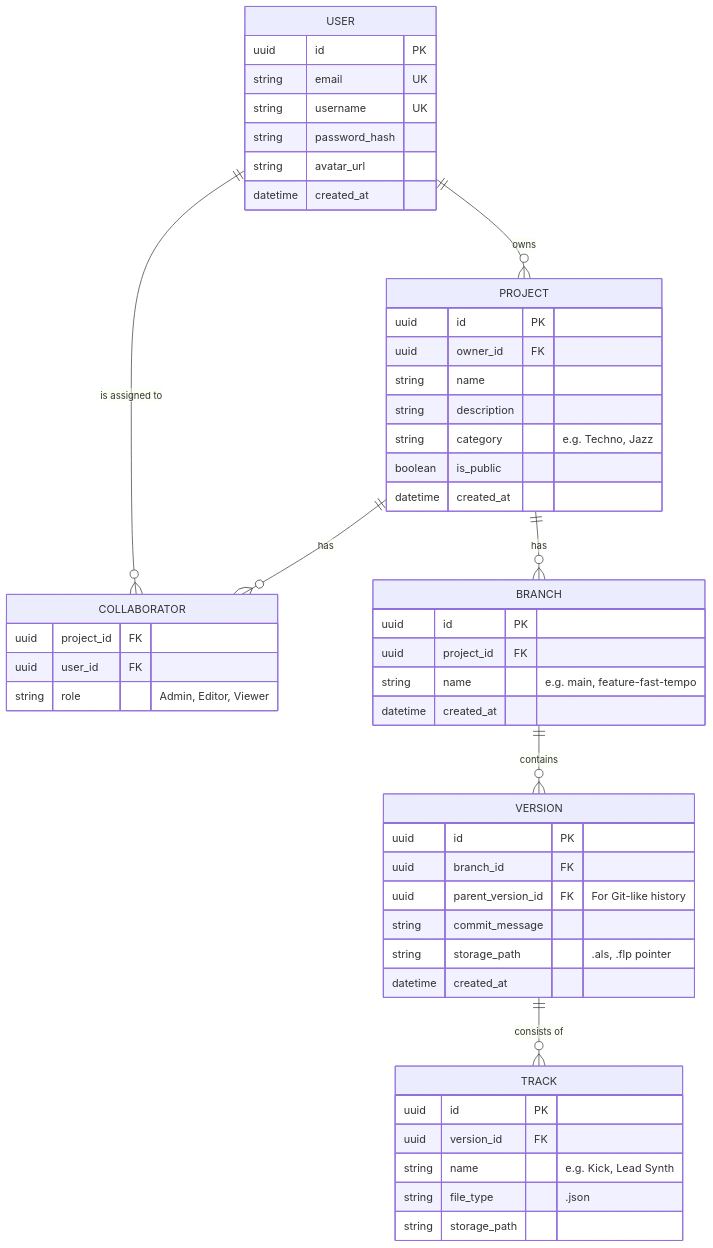
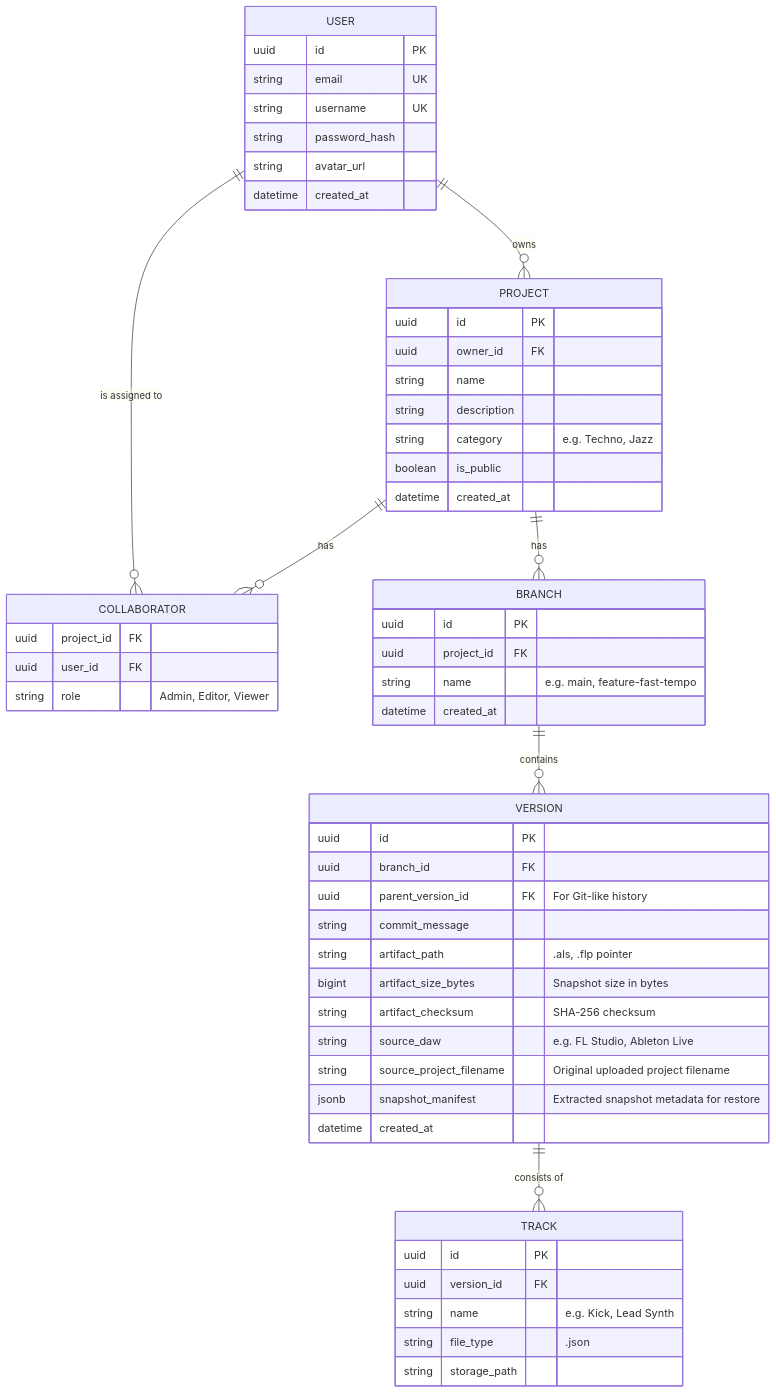
Before and after one commit to stemhub-org/Stemhub: the diagram in docs/DATA_API_MODELING.md, drawn with Mermaid. The commit also changed 1 other file, not shown here.

Commit message:
test(docs): cover and document version snapshot metadata

````diff
--- a/docs/DATA_API_MODELING.md
+++ b/docs/DATA_API_MODELING.md
@@ -11,58 +11,63 @@
 ```mermaid
 erDiagram
     USER ||--o{ PROJECT : owns
     USER ||--o{ COLLABORATOR : "is assigned to"
     PROJECT ||--o{ BRANCH : has
     PROJECT ||--o{ COLLABORATOR : has
     BRANCH ||--o{ VERSION : contains
     VERSION ||--o{ TRACK : "consists of"
     
     USER {
         uuid id PK
         string email UK
         string username UK
         string password_hash
         string avatar_url
         datetime created_at
     }
 
     PROJECT {
         uuid id PK
         uuid owner_id FK
         string name
         string description
         string category "e.g. Techno, Jazz"
         boolean is_public
         datetime created_at
     }
 
     COLLABORATOR {
         uuid project_id FK
         uuid user_id FK
         string role "Admin, Editor, Viewer"
     }
 
     BRANCH {
         uuid id PK
         uuid project_id FK
         string name "e.g. main, feature-fast-tempo"
         datetime created_at
     }
 
     VERSION {
         uuid id PK
         uuid branch_id FK
         uuid parent_version_id FK "For Git-like history"
         string commit_message
-        string storage_path ".als, .flp pointer"
+        string artifact_path ".als, .flp pointer"
+        bigint artifact_size_bytes "Snapshot size in bytes"
+        string artifact_checksum "SHA-256 checksum"
+        string source_daw "e.g. FL Studio, Ableton Live"
+        string source_project_filename "Original uploaded project filename"
+        jsonb snapshot_manifest "Extracted snapshot metadata for restore"
         datetime created_at
     }
 
     TRACK {
         uuid id PK
         uuid version_id FK
         string name "e.g. Kick, Lead Synth"
         string file_type ".json"
         string storage_path
     }
 ```
````
